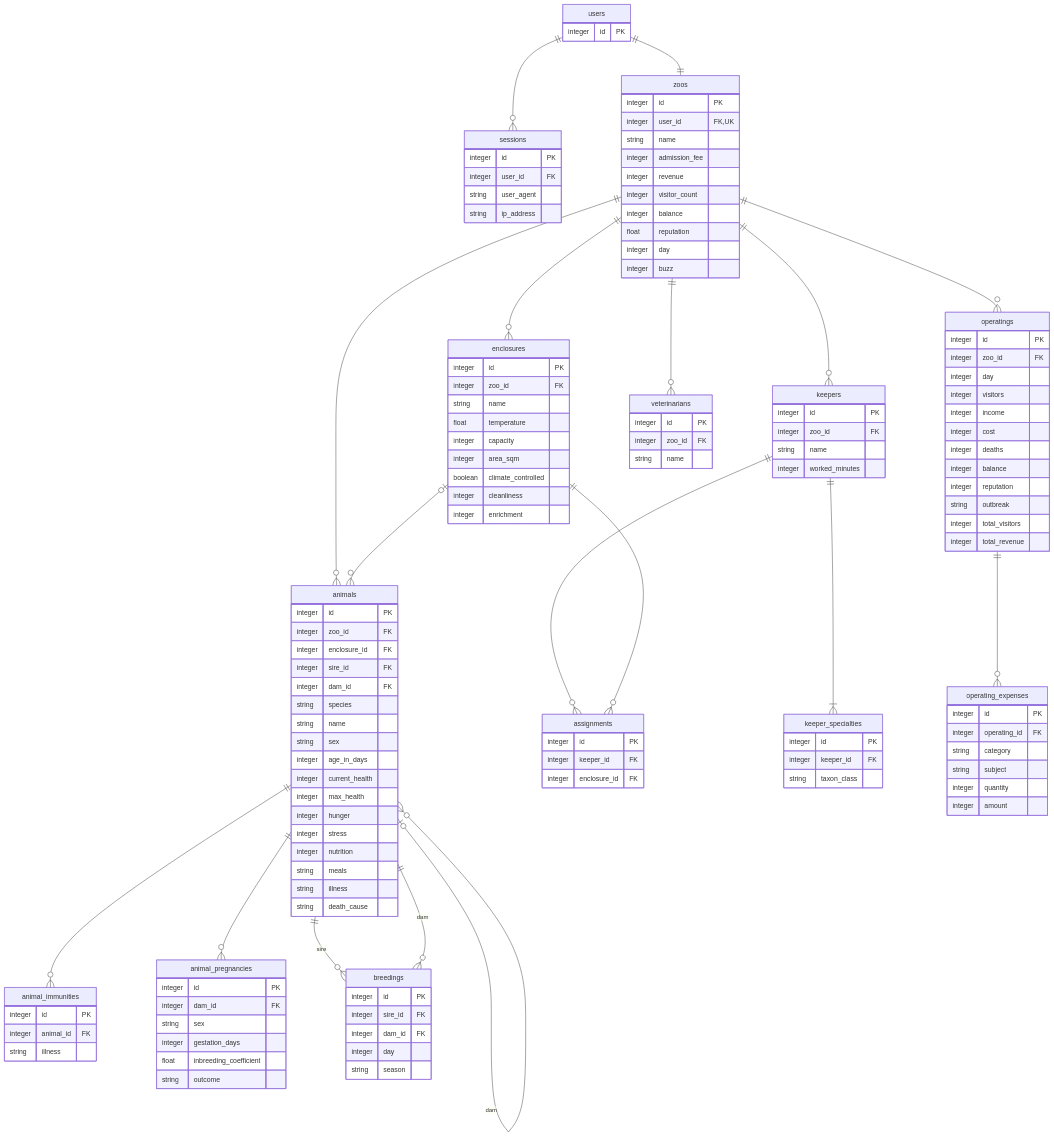
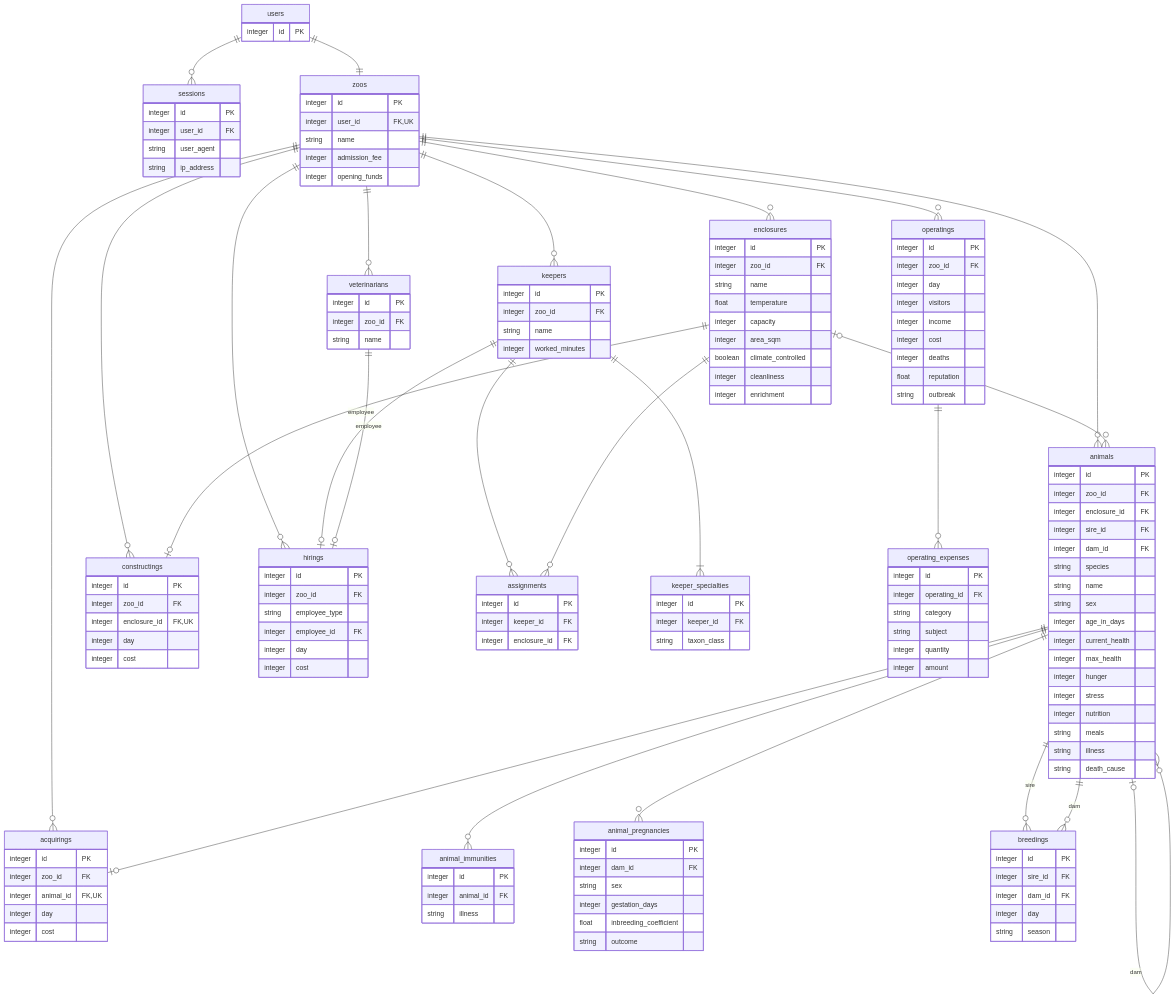
Before and after one commit to okki-0417/OOP-Zoo: the diagram in api/db/erd.mmd, drawn with Mermaid.

Commit message:
docs: ER 図を園の見直し後のテーブル構成に合わせる
Claude-Session: https://claude.ai/code/session_019d94iNDjzNH738ZTMj3Rz6

```diff
--- a/api/db/erd.mmd
+++ b/api/db/erd.mmd
@@ -1,151 +1,175 @@
 erDiagram
     users ||--o{ sessions : ""
     users ||--|| zoos : ""
 
     zoos ||--o{ enclosures : ""
     zoos ||--o{ animals : ""
     zoos ||--o{ keepers : ""
     zoos ||--o{ veterinarians : ""
     zoos ||--o{ operatings : ""
+    zoos ||--o{ acquirings : ""
+    zoos ||--o{ constructings : ""
+    zoos ||--o{ hirings : ""
 
     enclosures |o--o{ animals : ""
     keepers ||--o{ assignments : ""
     enclosures ||--o{ assignments : ""
     keepers ||--|{ keeper_specialties : ""
+    enclosures ||--o| constructings : ""
+    keepers ||--o| hirings : employee
+    veterinarians ||--o| hirings : employee
 
     animals |o--o{ animals : sire
     animals |o--o{ animals : dam
     animals ||--o{ animal_immunities : ""
     animals ||--o{ animal_pregnancies : ""
     animals ||--o{ breedings : sire
     animals ||--o{ breedings : dam
+    animals ||--o| acquirings : ""
 
     operatings ||--o{ operating_expenses : ""
 
     users {
         integer id PK
     }
 
     sessions {
         integer id PK
         integer user_id FK
         string user_agent
         string ip_address
     }
 
     zoos {
         integer id PK
         integer user_id FK, UK
         string name
         integer admission_fee
-        integer revenue
-        integer visitor_count
-        integer balance
-        float reputation
-        integer day
-        integer buzz
+        integer opening_funds
     }
 
     enclosures {
         integer id PK
         integer zoo_id FK
         string name
         float temperature
         integer capacity
         integer area_sqm
         boolean climate_controlled
         integer cleanliness
         integer enrichment
     }
 
     animals {
         integer id PK
         integer zoo_id FK
         integer enclosure_id FK
         integer sire_id FK
         integer dam_id FK
         string species
         string name
         string sex
         integer age_in_days
         integer current_health
         integer max_health
         integer hunger
         integer stress
         integer nutrition
         string meals
         string illness
         string death_cause
     }
 
     animal_immunities {
         integer id PK
         integer animal_id FK
         string illness
     }
 
     animal_pregnancies {
         integer id PK
         integer dam_id FK
         string sex
         integer gestation_days
         float inbreeding_coefficient
         string outcome
     }
 
     breedings {
         integer id PK
         integer sire_id FK
         integer dam_id FK
         integer day
         string season
     }
 
     keepers {
         integer id PK
         integer zoo_id FK
         string name
         integer worked_minutes
     }
 
     keeper_specialties {
         integer id PK
         integer keeper_id FK
         string taxon_class
     }
 
     assignments {
         integer id PK
         integer keeper_id FK
         integer enclosure_id FK
     }
 
     veterinarians {
         integer id PK
         integer zoo_id FK
         string name
     }
 
     operatings {
         integer id PK
         integer zoo_id FK
         integer day
         integer visitors
         integer income
         integer cost
         integer deaths
-        integer balance
-        integer reputation
+        float reputation
         string outbreak
-        integer total_visitors
-        integer total_revenue
     }
 
     operating_expenses {
         integer id PK
         integer operating_id FK
         string category
         string subject
         integer quantity
         integer amount
     }
+
+    acquirings {
+        integer id PK
+        integer zoo_id FK
+        integer animal_id FK, UK
+        integer day
+        integer cost
+    }
+
+    constructings {
+        integer id PK
+        integer zoo_id FK
+        integer enclosure_id FK, UK
+        integer day
+        integer cost
+    }
+
+    hirings {
+        integer id PK
+        integer zoo_id FK
+        string employee_type
+        integer employee_id FK
+        integer day
+        integer cost
+    }
```
